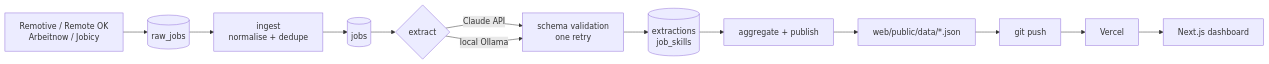
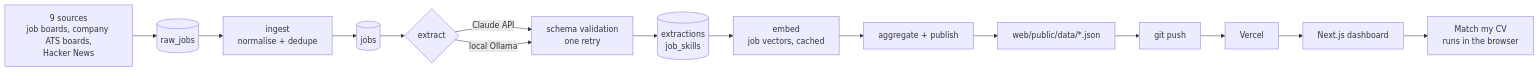
The diagram in README.md (intenza2k-netizen/remote-radar), drawn with Mermaid before and after one commit. The commit also changed other lines of this file and 73 other files, not shown here.

First line of the commit message:
Add five job sources, clean regions and skill names, cluster the pay premium

````diff
--- a/README.md
+++ b/README.md
@@ -35,15 +41,17 @@
 ```mermaid
 flowchart LR
-    A["Remotive / Remote OK<br/>Arbeitnow / Jobicy"] --> B[("raw_jobs")]
+    A["9 sources<br/>job boards, company ATS boards,<br/>Hacker News"] --> B[("raw_jobs")]
     B --> C["ingest<br/>normalise + dedupe"]
     C --> D[("jobs")]
     D --> E{"extract"}
     E -- Claude API --> F["schema validation<br/>one retry"]
     E -- local Ollama --> F
     F --> G[("extractions<br/>job_skills")]
-    G --> H["aggregate + publish"]
+    G --> M["embed<br/>job vectors, cached"]
+    M --> H["aggregate + publish"]
     H --> I["web/public/data/*.json"]
     I --> J["git push"]
     J --> K["Vercel"]
     K --> L["Next.js dashboard"]
+    L --> N["Match my CV<br/>runs in the browser"]
 ```
````
